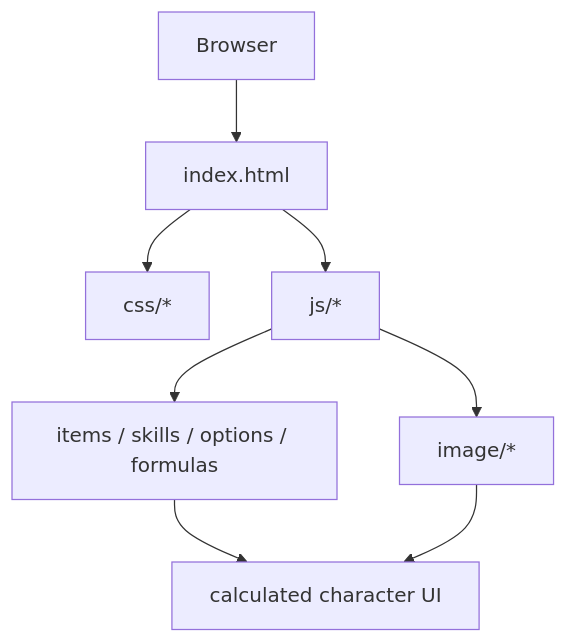
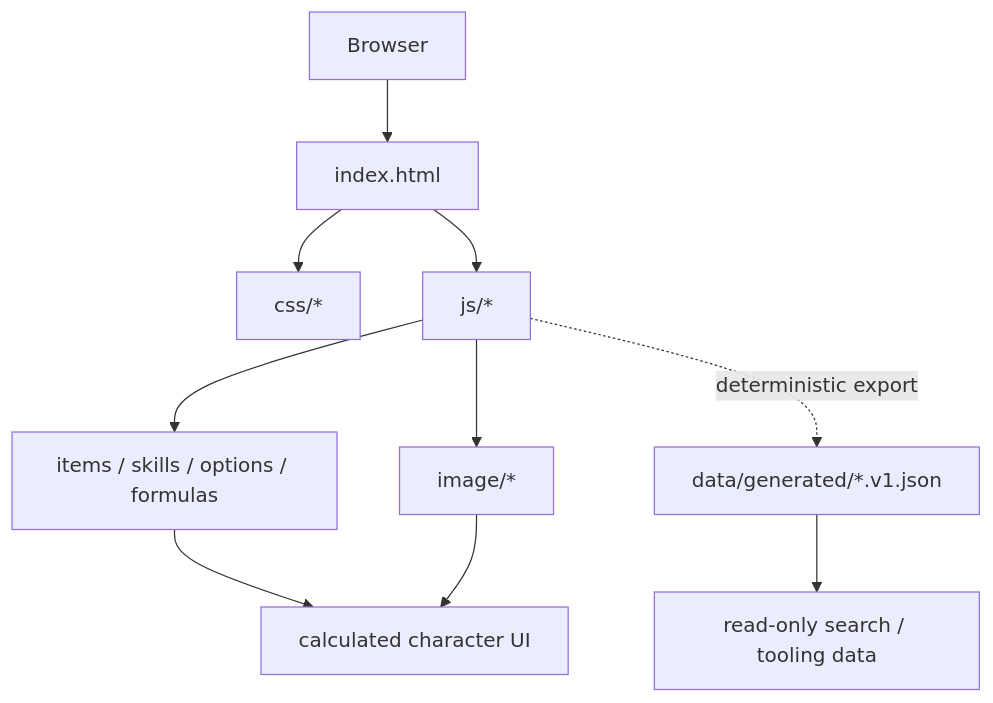
Before and after one commit to bonaqu/Pandora-Saga-Simulator-remaked: the first of 2 diagrams in docs/ARCHITECTURE.md, drawn with Mermaid. The commit also changed other lines of this file and 29 other files, not shown here.

````diff
--- a/docs/ARCHITECTURE.md
+++ b/docs/ARCHITECTURE.md
@@ -7,10 +7,12 @@
 ```mermaid
 flowchart TB
     Browser --> index[index.html]
     index --> CSS[css/*]
     index --> JS[js/*]
     JS --> Data[items / skills / options / formulas]
+    JS -. deterministic export .-> Projection[data/generated/*.v1.json]
+    Projection --> Tooling[read-only search / tooling data]
     JS --> Images[image/*]
     Data --> UI[calculated character UI]
     Images --> UI
 ```
````
